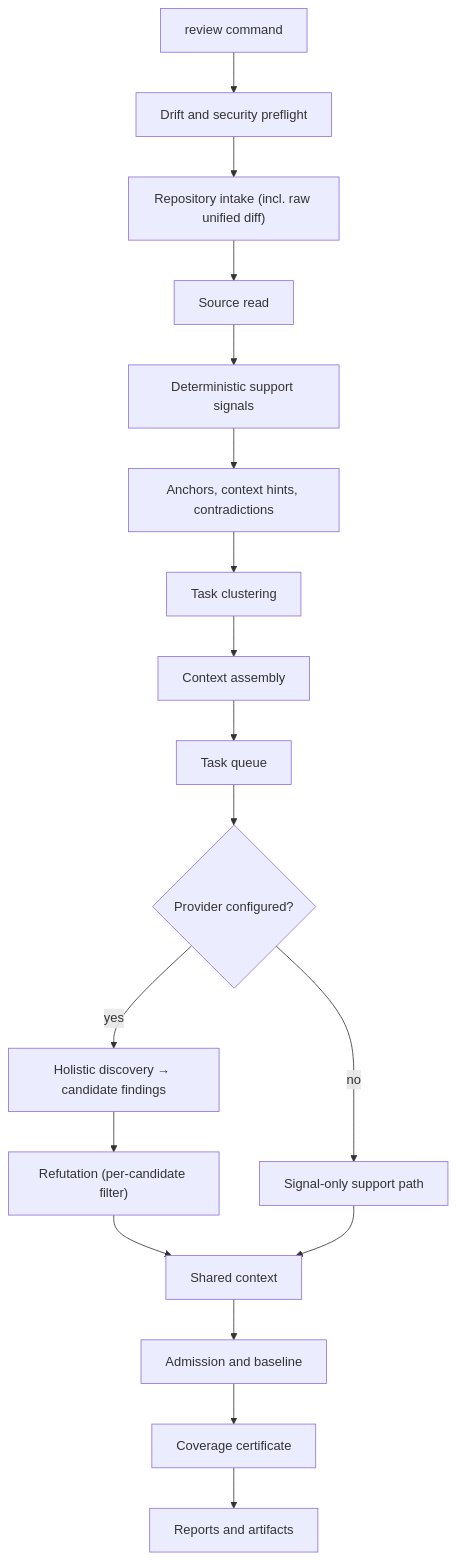
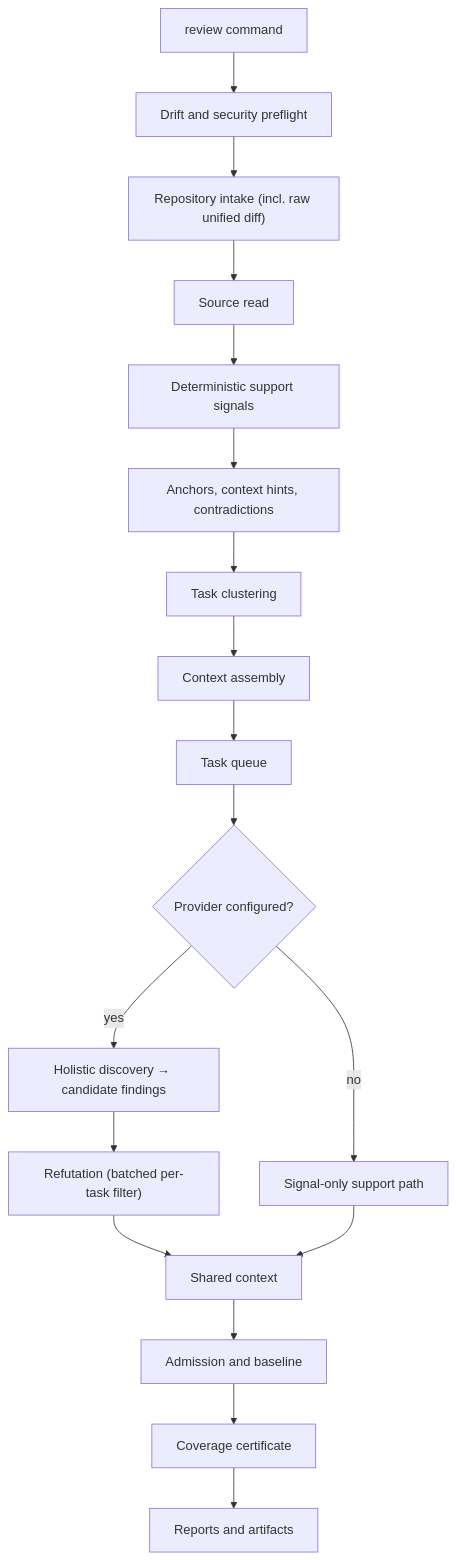
One commit to sebastianwessel/codereviewer changed the second of 3 diagrams in docs/concepts/review-modes-and-flows.md. Above: the diagram before and after it, drawn with Mermaid. The commit also changed 3 other files, not shown here.

First line of the commit message:
docs: describe refutation as a batched per-task filter

````diff
--- a/docs/concepts/review-modes-and-flows.md
+++ b/docs/concepts/review-modes-and-flows.md
@@ -62,28 +62,28 @@
 ```mermaid
 flowchart TD
   Start["review command"]
   Drift["Drift and security preflight"]
   Intake["Repository intake (incl. raw unified diff)"]
   Read["Source read"]
   Analysis["Deterministic support signals"]
   Facts["Anchors, context hints, contradictions"]
   Plan["Task clustering"]
   Assemble["Context assembly"]
   Queue["Task queue"]
   Provider{"Provider configured?"}
   Discovery["Holistic discovery → candidate findings"]
-  Refutation["Refutation (per-candidate filter)"]
+  Refutation["Refutation (batched per-task filter)"]
   SignalOnly["Signal-only support path"]
   Shared["Shared context"]
   Admission["Admission and baseline"]
   Coverage["Coverage certificate"]
   Reports["Reports and artifacts"]
 
   Start --> Drift --> Intake --> Read --> Analysis --> Facts --> Plan --> Assemble --> Queue
   Queue --> Provider
   Provider -- "yes" --> Discovery
   Provider -- "no" --> SignalOnly
   Discovery --> Refutation --> Shared
   SignalOnly --> Shared
   Shared --> Admission --> Coverage --> Reports
 ```
````
